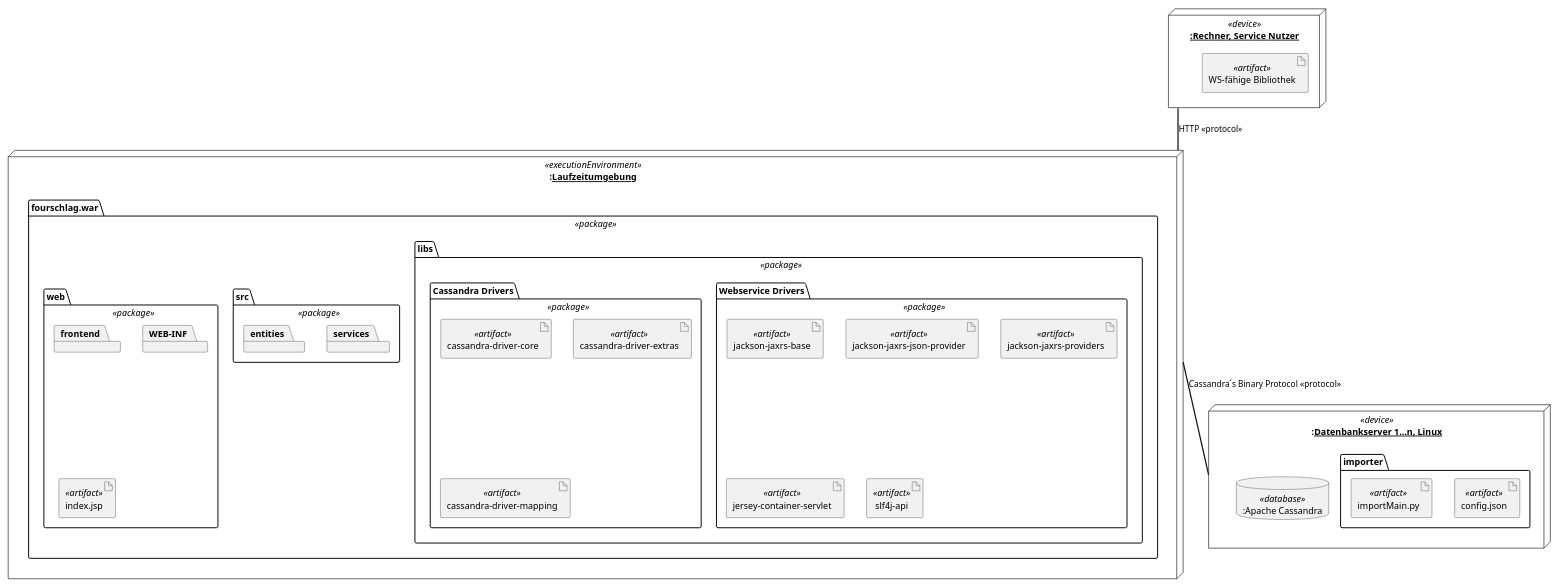
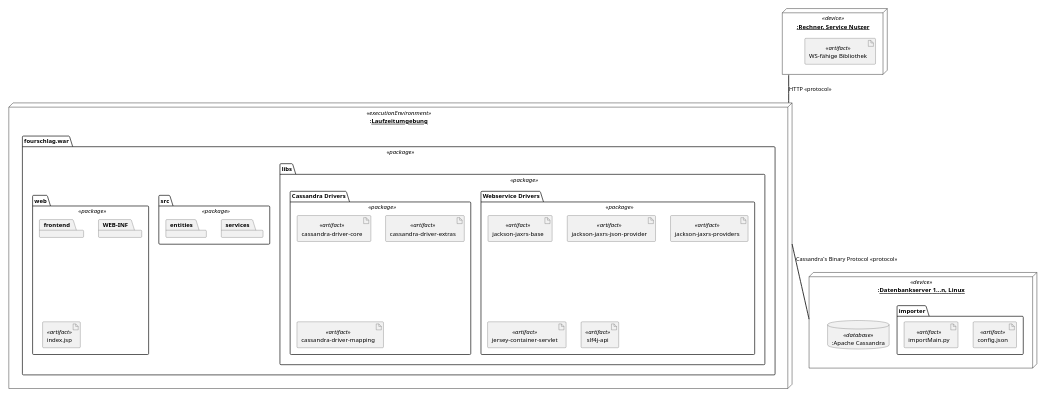
The diagram in diagrams/deployment/deployment_diagram_layer-2.puml (wagnst/forecast-cassandra), drawn with PlantUML before and after one commit. The commit also changed 1 other file, not shown here.

```diff
--- a/diagrams/deployment/deployment_diagram_layer-2.puml
+++ b/diagrams/deployment/deployment_diagram_layer-2.puml
@@ -1,61 +1,61 @@
 @startuml
 
-scale 0.75
+scale 0.5
 
 node ":__Laufzeitumgebung__" as LZ <<executionEnvironment>> {
 
     package "fourschlag.war" <<package>>{
 
         'package "jmeter"{
         '   artifact "FourschlagTest.jmx" <<artifact>>
         '}
 
         package "libs" <<package>>{
 
             package "Webservice Drivers" <<package>>{
                 artifact "jackson-jaxrs-base" <<artifact>>
                 artifact "jackson-jaxrs-json-provider" <<artifact>>
                 artifact "jackson-jaxrs-providers" <<artifact>>
                 artifact "jersey-container-servlet" <<artifact>>
                 artifact "slf4j-api" <<artifact>>
             }
 
             package "Cassandra Drivers" <<package>>{
                 artifact "cassandra-driver-core" <<artifact>>
                 artifact "cassandra-driver-extras" <<artifact>>
                 artifact "cassandra-driver-mapping" <<artifact>>
             }
         }
 
         package "src" <<package>>{
             package "services"
             package "entities"
 
         }
 
         package "web" <<package>>{
             package "frontend"
             package "WEB-INF"
             artifact "index.jsp" <<artifact>>
         }
     }
 }
 
 node "__:Rechner, Service Nutzer__" as N2 <<device>>{
 
         artifact "WS-fähige Bibliothek" <<artifact>>
  }
 
 node ":__Datenbankserver 1...n, Linux__" as N1 <<device>>{
 
     package "importer"{
         artifact "config.json" <<artifact>>
         artifact "importMain.py" <<artifact>>
     }
     database ":Apache Cassandra" as Cassandra <<database>>
 }
 
 LZ == N1: Cassandra´s Binary Protocol <<protocol>>
 LZ =up= N2: HTTP <<protocol>>
 
 @enduml
```
